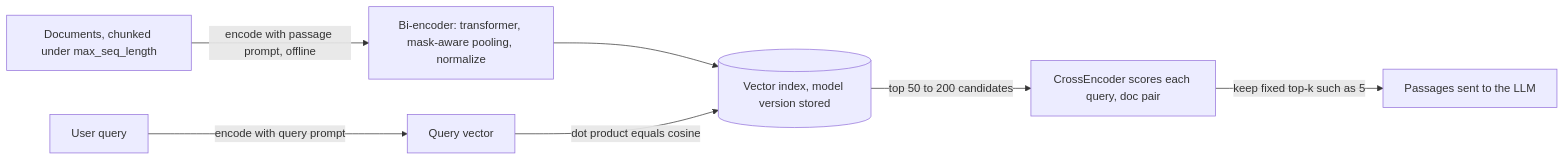
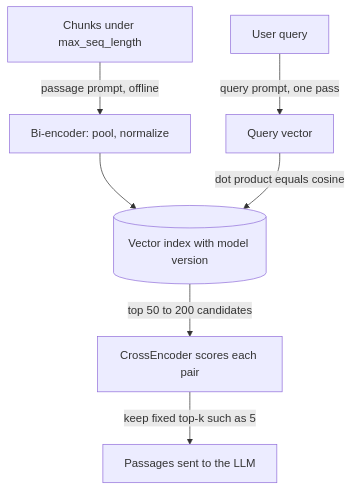
Before and after one commit to lovishmahajan97/agentic-learning: the diagram in content/python-for-ai/sentence-transformers.md, drawn with Mermaid. The commit also changed other lines of this file and 81 other files, not shown here.

````diff
--- a/content/python-for-ai/sentence-transformers.md
+++ b/content/python-for-ai/sentence-transformers.md
@@ -118,9 +119,9 @@
 ```mermaid
-flowchart LR
-    D["Documents, chunked under max_seq_length"] -->|"encode with passage prompt, offline"| BI["Bi-encoder: transformer, mask-aware pooling, normalize"]
-    BI --> IDX[("Vector index, model version stored")]
-    Q["User query"] -->|"encode with query prompt"| QE["Query vector"]
+flowchart TD
+    D["Chunks under max_seq_length"] -->|"passage prompt, offline"| BI["Bi-encoder: pool, normalize"]
+    BI --> IDX[("Vector index with model version")]
+    Q["User query"] -->|"query prompt, one pass"| QE["Query vector"]
     QE -->|"dot product equals cosine"| IDX
-    IDX -->|"top 50 to 200 candidates"| CE["CrossEncoder scores each query, doc pair"]
+    IDX -->|"top 50 to 200 candidates"| CE["CrossEncoder scores each pair"]
     CE -->|"keep fixed top-k such as 5"| OUT["Passages sent to the LLM"]
 ```
````
